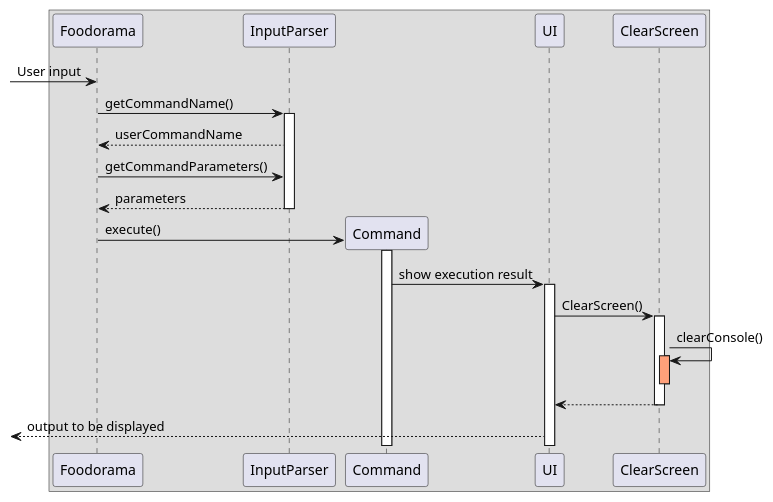
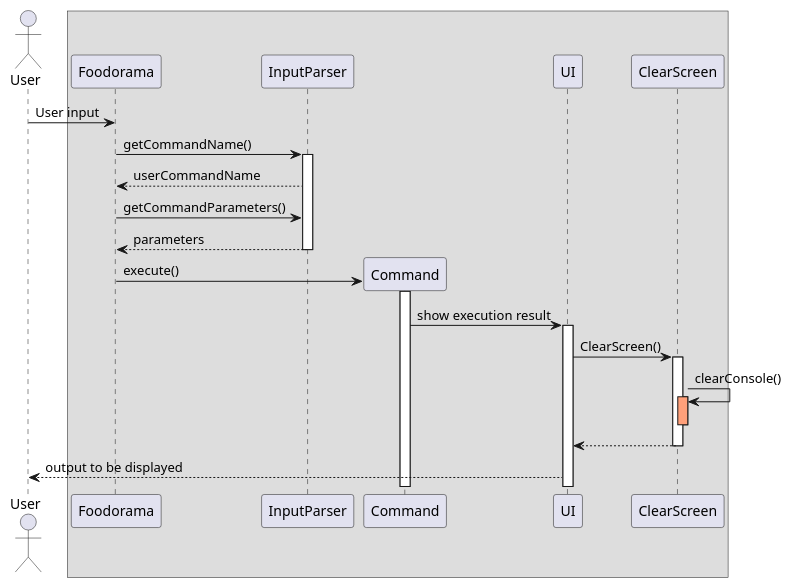
The diagram in docs/puml/main_sequence.puml (nus-cs2113-AY2122S1/tp), drawn with PlantUML before and after one commit. The commit also changed 4 other files, not shown here.

Commit message:
Add sequence diagram for graph

```diff
--- a/docs/puml/main_sequence.puml
+++ b/docs/puml/main_sequence.puml
@@ -1,27 +1,29 @@
 @startuml
 'https://plantuml.com/sequence-diagram
 
+actor User
+
 Box
-[-> Foodorama: User input
+User-> Foodorama: User input
 Foodorama -> InputParser: getCommandName()
 activate InputParser
 Foodorama <-- InputParser: userCommandName
 
 Foodorama -> InputParser: getCommandParameters()
 
 return parameters
 
 create Command
 Foodorama -> Command: execute()
 activate Command
 UI <- Command: show execution result
 activate UI
 UI -> ClearScreen: ClearScreen()
 activate ClearScreen
 ClearScreen -> ClearScreen : clearConsole()
 activate ClearScreen#LightSalmon
 deactivate ClearScreen#LightSalmon
 return
-[<-- UI: output to be displayed
+User <-- UI: output to be displayed
 
 @enduml
```
